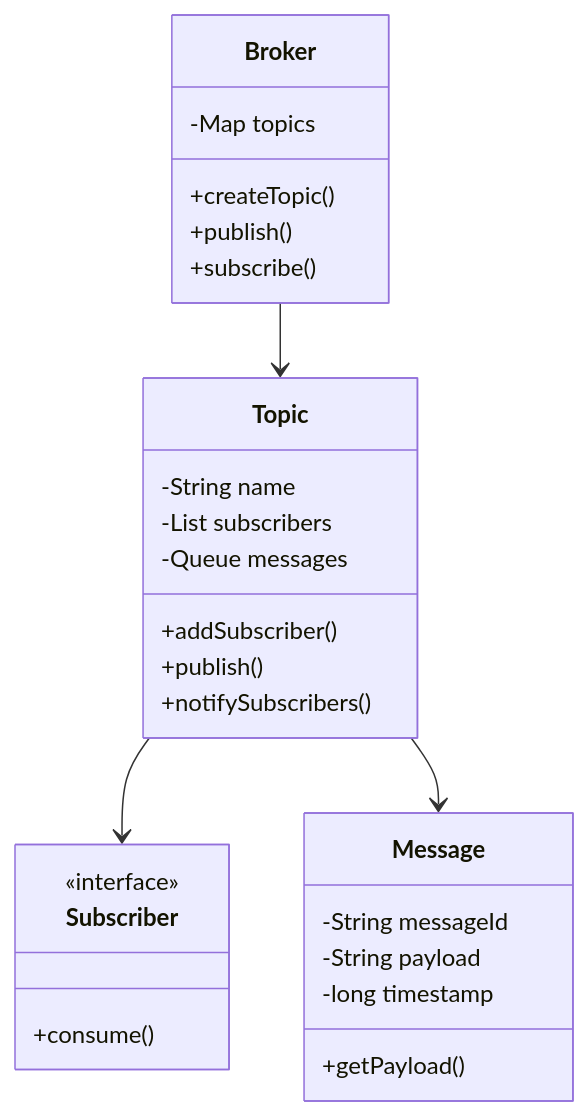
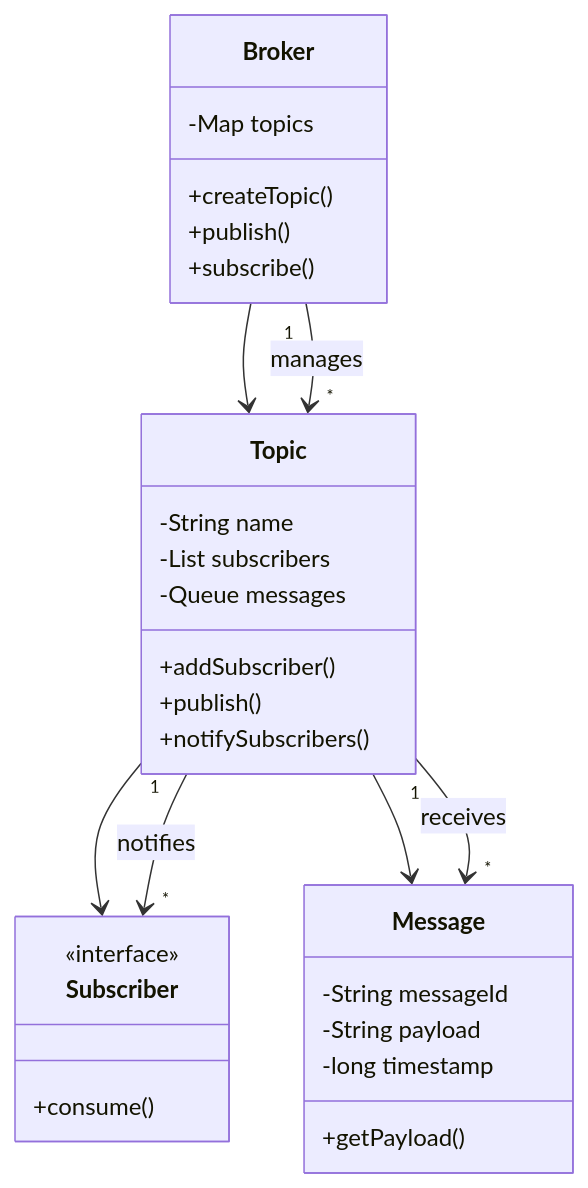
One commit to mthaiseer/springcloud-systemdesign-notes changed diagram 11 of 19 in LLD_NOTES/lld_visual_java_reference_mermaid_full_implementation.md. Above: the diagram before and after it, drawn with Mermaid. The commit also changed other lines of this file, not shown here.

````diff
--- a/LLD_NOTES/lld_visual_java_reference_mermaid_full_implementation.md
+++ b/LLD_NOTES/lld_visual_java_reference_mermaid_full_implementation.md
@@ -2151,30 +2485,34 @@
 ```mermaid
 classDiagram
   class Broker {
     -Map topics
     +createTopic()
     +publish()
     +subscribe()
   }
   class Topic {
     -String name
     -List subscribers
     -Queue messages
     +addSubscriber()
     +publish()
     +notifySubscribers()
   }
   class Subscriber {
     <<interface>>
     +consume()
   }
   class Message {
     -String messageId
     -String payload
     -long timestamp
     +getPayload()
   }
   Broker --> Topic
   Topic --> Subscriber
   Topic --> Message
+  %% Cardinality relationships
+  Broker "1" --> "*" Topic : manages
+  Topic "1" --> "*" Subscriber : notifies
+  Topic "1" --> "*" Message : receives
 ```
````
